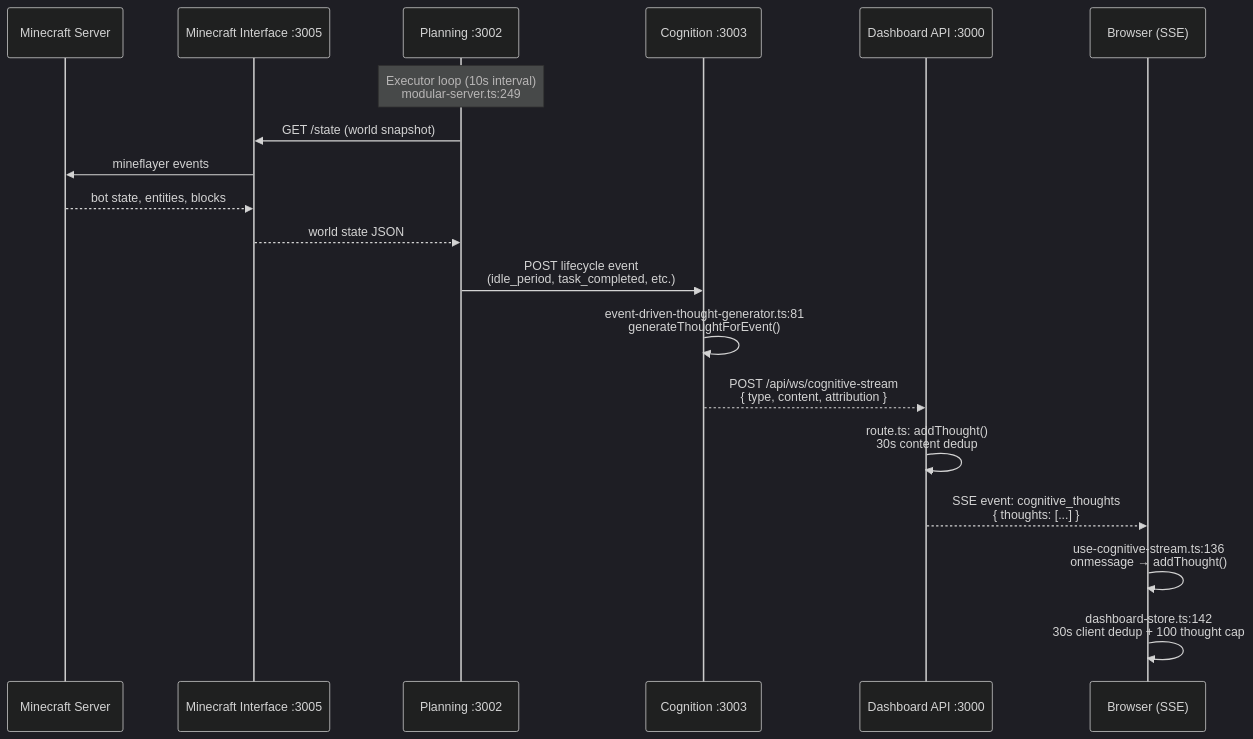
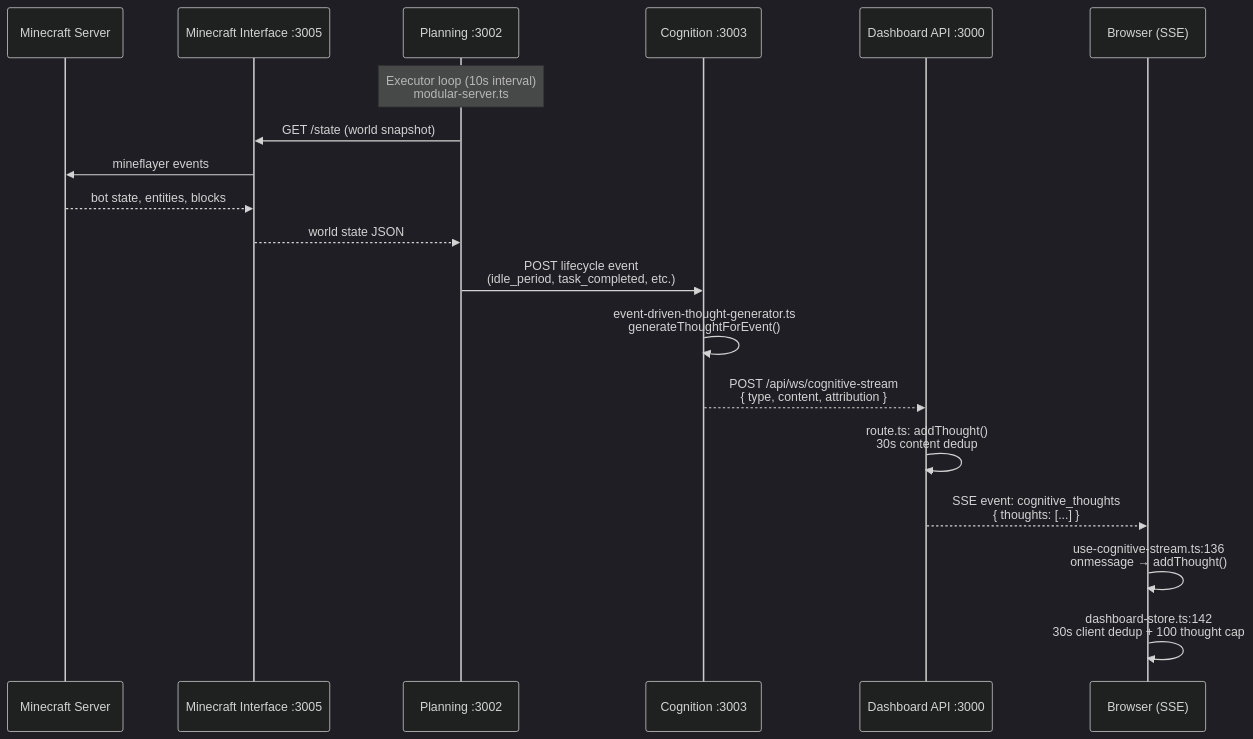
The fourth of 5 diagrams in readme.md (darianrosebrook/conscious-bot-experiment), drawn with Mermaid (dark theme) before and after one commit. The commit also changed other lines of this file and 1764 other files, not shown here.

````diff
--- a/readme.md
+++ b/readme.md
@@ -878,25 +852,25 @@
 ```mermaid
 sequenceDiagram
     participant MC as Minecraft Server
     participant MI as Minecraft Interface :3005
     participant PLAN as Planning :3002
     participant COG as Cognition :3003
     participant DASH as Dashboard API :3000
     participant UI as Browser (SSE)
 
-    Note over PLAN: Executor loop (10s interval)<br/>modular-server.ts:249
+    Note over PLAN: Executor loop (10s interval)<br/>modular-server.ts
     PLAN->>MI: GET /state (world snapshot)
     MI->>MC: mineflayer events
     MC-->>MI: bot state, entities, blocks
     MI-->>PLAN: world state JSON
 
     PLAN->>COG: POST lifecycle event<br/>(idle_period, task_completed, etc.)
-    COG->>COG: event-driven-thought-generator.ts:81<br/>generateThoughtForEvent()
+    COG->>COG: event-driven-thought-generator.ts<br/>generateThoughtForEvent()
     COG-->>DASH: POST /api/ws/cognitive-stream<br/>{ type, content, attribution }
 
     DASH->>DASH: route.ts: addThought()<br/>30s content dedup
     DASH-->>UI: SSE event: cognitive_thoughts<br/>{ thoughts: [...] }
 
     UI->>UI: use-cognitive-stream.ts:136<br/>onmessage → addThought()
     UI->>UI: dashboard-store.ts:142<br/>30s client dedup + 100 thought cap
 ```
````
